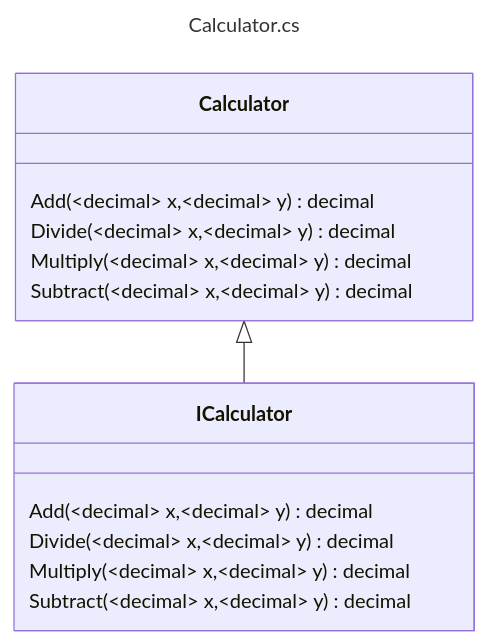
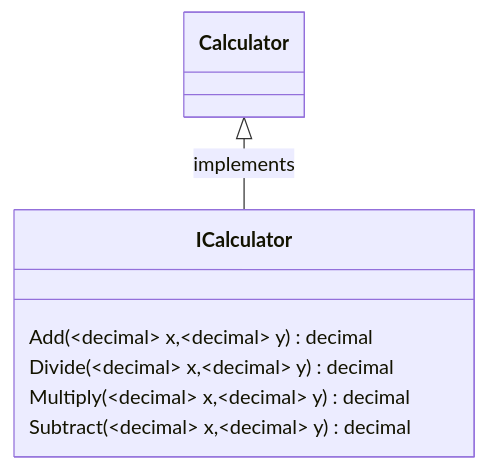
One commit to GabrielVictor159/DependencyInjection changed the first of 8 diagrams in README.MD. Above: the diagram before and after it, drawn with Mermaid. The commit also changed other lines of this file, not shown here.

````diff
--- a/README.MD
+++ b/README.MD
@@ -5,24 +5,15 @@
 ```mermaid
----
-title: Calculator.cs
----
-
 classDiagram
-    
-     Calculator <|--  ICalculator
-     graph LR
-       class Calculator {
-    Add(~decimal~ x,~decimal~ y) decimal
-     Divide(~decimal~ x,~decimal~ y) decimal
-     Multiply(~decimal~ x,~decimal~ y) decimal
-     Subtract(~decimal~ x,~decimal~ y) decimal
+    Calculator <|--  ICalculator : implements
+    graph LR
+    class Calculator {
+        
     }  
-      class ICalculator{
-     Add(~decimal~ x,~decimal~ y) decimal
-     Divide(~decimal~ x,~decimal~ y) decimal
-     Multiply(~decimal~ x,~decimal~ y) decimal
-     Subtract(~decimal~ x,~decimal~ y) decimal
+    class ICalculator {
+        Add(~decimal~ x,~decimal~ y) decimal
+        Divide(~decimal~ x,~decimal~ y) decimal
+        Multiply(~decimal~ x,~decimal~ y) decimal
+        Subtract(~decimal~ x,~decimal~ y) decimal
     }
     
-
 ```
````
